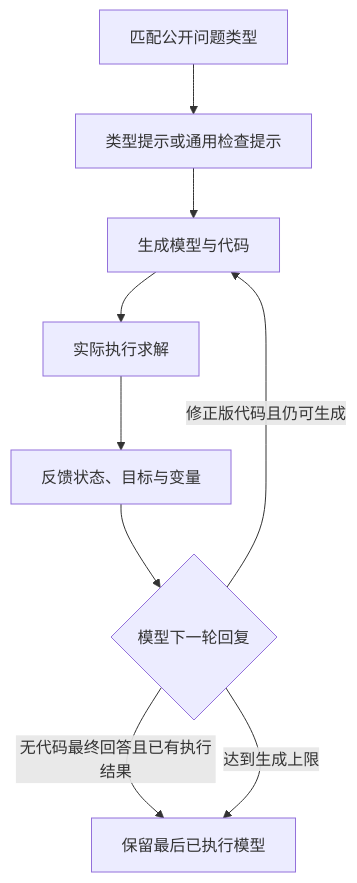
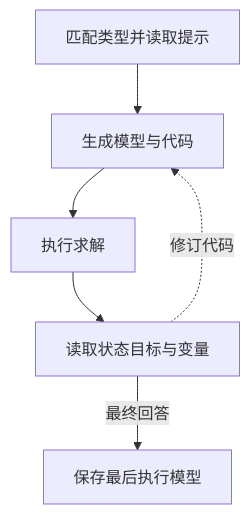
One commit to Fangziyang0910/LLM4OM changed the diagram in website/content/zh/optimind.md. Above: the diagram before and after it, drawn with Mermaid. The commit also changed other lines of this file and 231 other files, not shown here.

````diff
--- a/website/content/zh/optimind.md
+++ b/website/content/zh/optimind.md
@@ -11,11 +11,11 @@
 ```mermaid
 flowchart TB
-  Classify["匹配公开问题类型"] --> Hint["类型提示或通用检查提示"]
-  Hint --> Generate["生成模型与代码"]
-  Generate --> Solve["实际执行求解"]
-  Solve --> Feedback["反馈状态、目标与变量"]
-  Feedback --> Decision{"模型下一轮回复"}
-  Decision -->|修正版代码且仍可生成| Generate
-  Decision -->|无代码最终回答且已有执行结果| Finish["保留最后已执行模型"]
-  Decision -->|达到生成上限| Finish
+  Hint["匹配类型并读取提示"]
+  Generate["生成模型与代码"]
+  Solve["执行求解"]
+  Feedback["读取状态目标与变量"]
+  Finish["保存最后执行模型"]
+  Hint --> Generate --> Solve --> Feedback
+  Feedback -.->|修订代码| Generate
+  Feedback -->|最终回答| Finish
 ```
````
